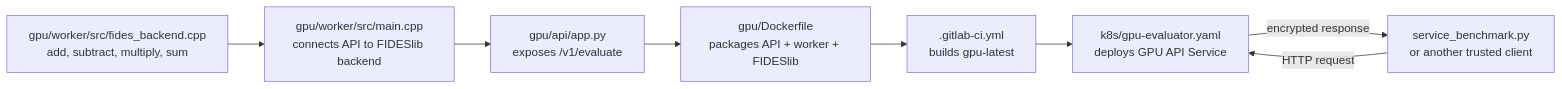
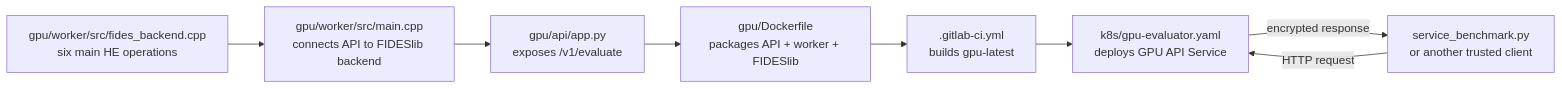
Before and after one commit to Nhatcao1/k3s-demo-gitops: the diagram in docs/what-we-are-building.md, drawn with Mermaid. The commit also changed other lines of this file and 1 other file, not shown here.

Commit message:
Define demo-first HE function roadmap

````diff
--- a/docs/what-we-are-building.md
+++ b/docs/what-we-are-building.md
@@ -60,14 +90,14 @@
 ```mermaid
 flowchart LR
-    HE["gpu/worker/src/fides_backend.cpp<br/>add, subtract, multiply, sum"]
+    HE["gpu/worker/src/fides_backend.cpp<br/>six main HE operations"]
     WORKER["gpu/worker/src/main.cpp<br/>connects API to FIDESlib backend"]
     API["gpu/api/app.py<br/>exposes /v1/evaluate"]
     IMAGE["gpu/Dockerfile<br/>packages API + worker + FIDESlib"]
     CI[".gitlab-ci.yml<br/>builds gpu-latest"]
     K8S["k8s/gpu-evaluator.yaml<br/>deploys GPU API Service"]
     CLIENT["service_benchmark.py<br/>or another trusted client"]
 
     HE --> WORKER --> API --> IMAGE --> CI --> K8S
     CLIENT -->|"HTTP request"| K8S
     K8S -->|"encrypted response"| CLIENT
 ```
````
